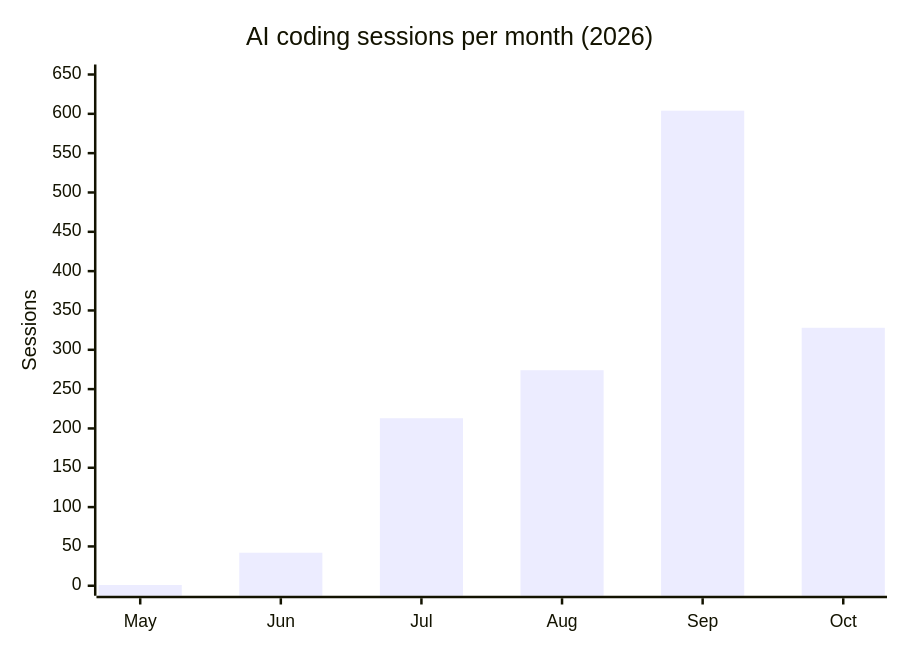
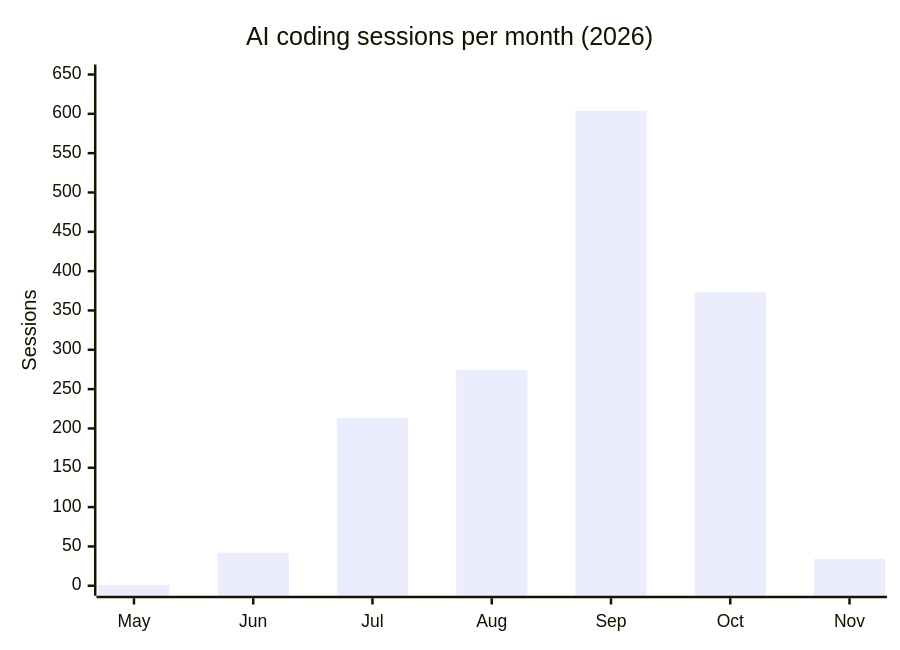
One commit to loryanstrant/loryanstrant changed the diagram in VIBE-CODING.md. Above: the diagram before and after it, drawn with Mermaid.

Commit message:
chore: refresh AI sessions chart

````diff
--- a/VIBE-CODING.md
+++ b/VIBE-CODING.md
@@ -14,7 +14,7 @@
 ```mermaid
 xychart-beta
     title "AI coding sessions per month (2026)"
-    x-axis ["May", "Jun", "Jul", "Aug", "Sep", "Oct"]
+    x-axis ["May", "Jun", "Jul", "Aug", "Sep", "Oct", "Nov"]
     y-axis "Sessions" 0 --> 650
-    bar [1, 42, 213, 274, 604, 328]
+    bar [1, 42, 213, 274, 604, 373, 34]
 ```
````
